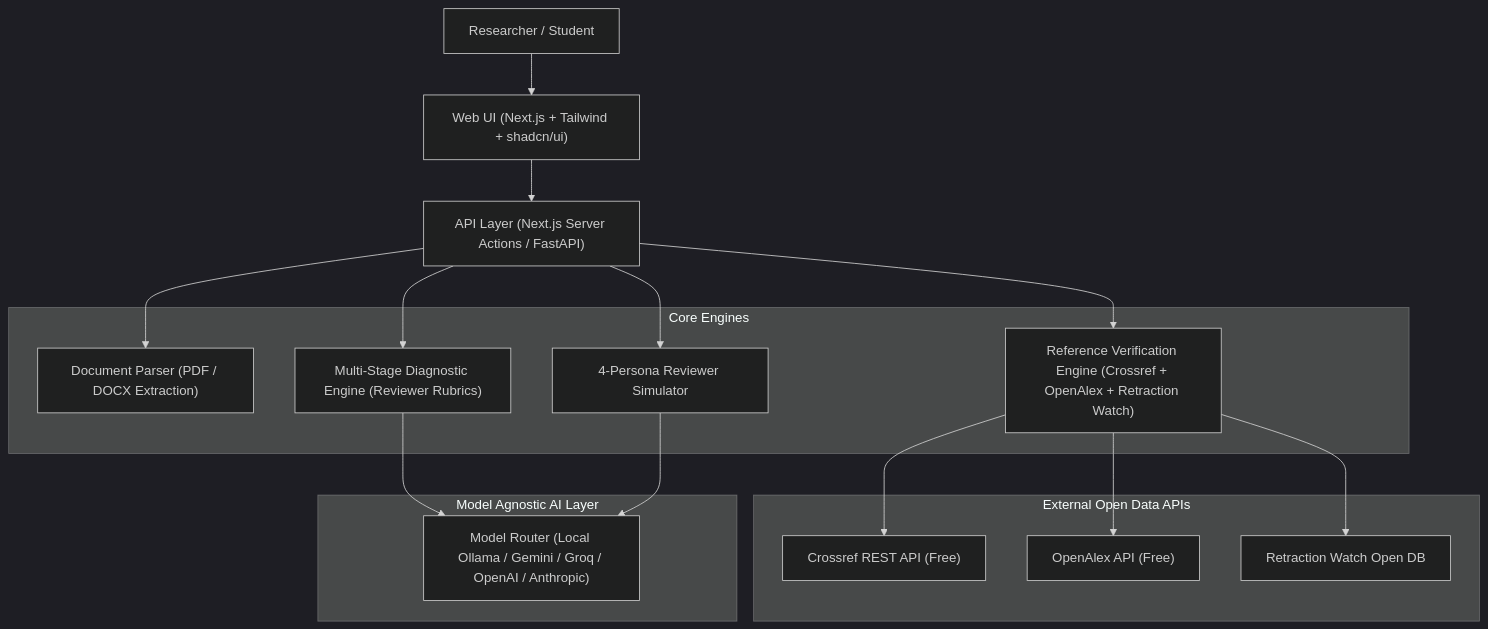
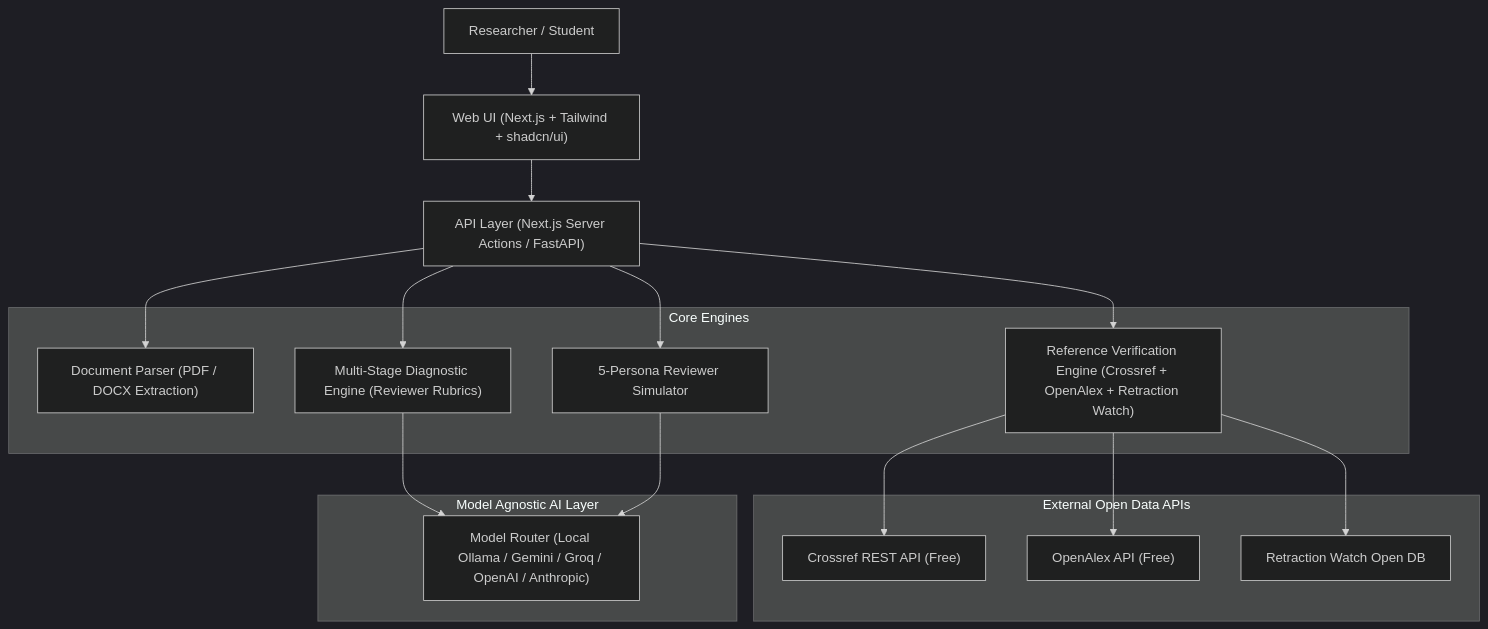
The diagram in README.md (khatiwada-bishal/manuview), drawn with Mermaid (dark theme) before and after one commit. The commit also changed other lines of this file and 9 other files, not shown here.

````diff
--- a/README.md
+++ b/README.md
@@ -80,34 +81,34 @@
 ```mermaid
 graph TD
     User["Researcher / Student"] --> WebUI["Web UI (Next.js + Tailwind + shadcn/ui)"]
     WebUI --> API["API Layer (Next.js Server Actions / FastAPI)"]
     
     subgraph Core Engines
         Parser["Document Parser (PDF / DOCX Extraction)"]
         VerifyEngine["Reference Verification Engine (Crossref + OpenAlex + Retraction Watch)"]
         DiagEngine["Multi-Stage Diagnostic Engine (Reviewer Rubrics)"]
-        PersonaSim["4-Persona Reviewer Simulator"]
+        PersonaSim["5-Persona Reviewer Simulator"]
     end
     
     API --> Parser
     API --> VerifyEngine
     API --> DiagEngine
     API --> PersonaSim
     
     subgraph External Open Data APIs
         Crossref["Crossref REST API (Free)"]
         OpenAlex["OpenAlex API (Free)"]
         RetractWatch["Retraction Watch Open DB"]
     end
     
     VerifyEngine --> Crossref
     VerifyEngine --> OpenAlex
     VerifyEngine --> RetractWatch
     
     subgraph Model Agnostic AI Layer
         LLMRouter["Model Router (Local Ollama / Gemini / Groq / OpenAI / Anthropic)"]
     end
     
     DiagEngine --> LLMRouter
     PersonaSim --> LLMRouter
 ```
````
